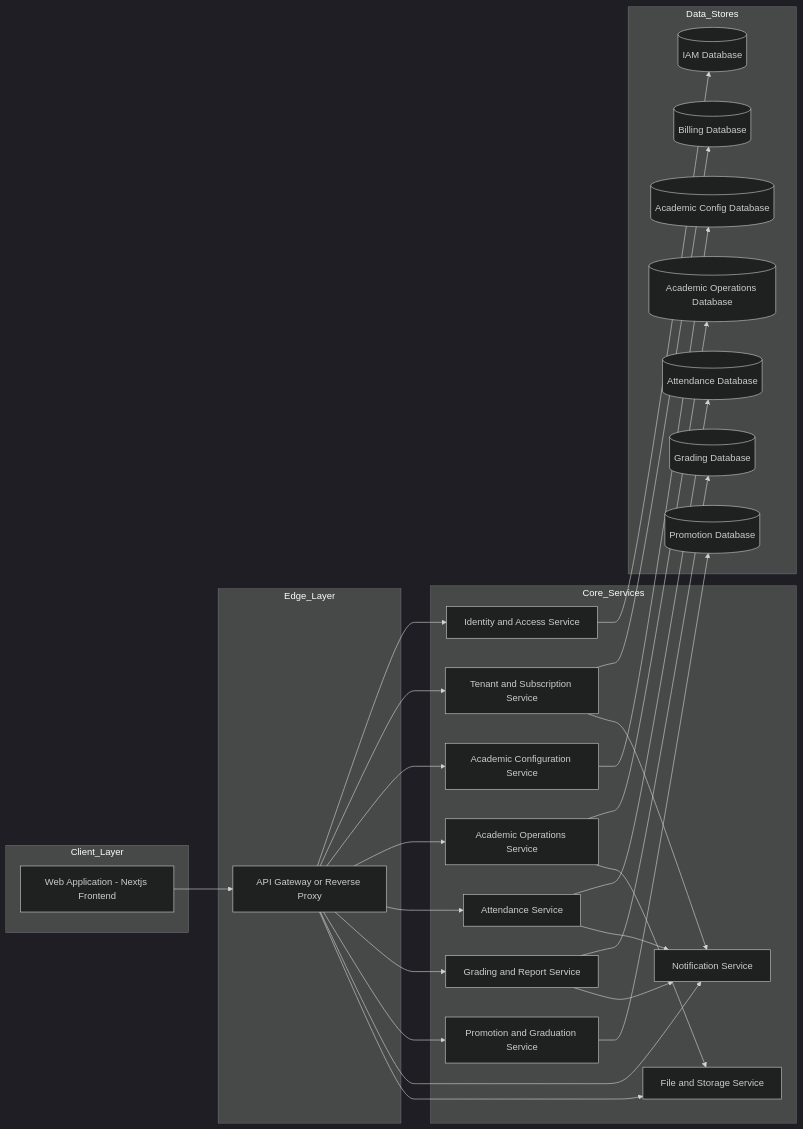
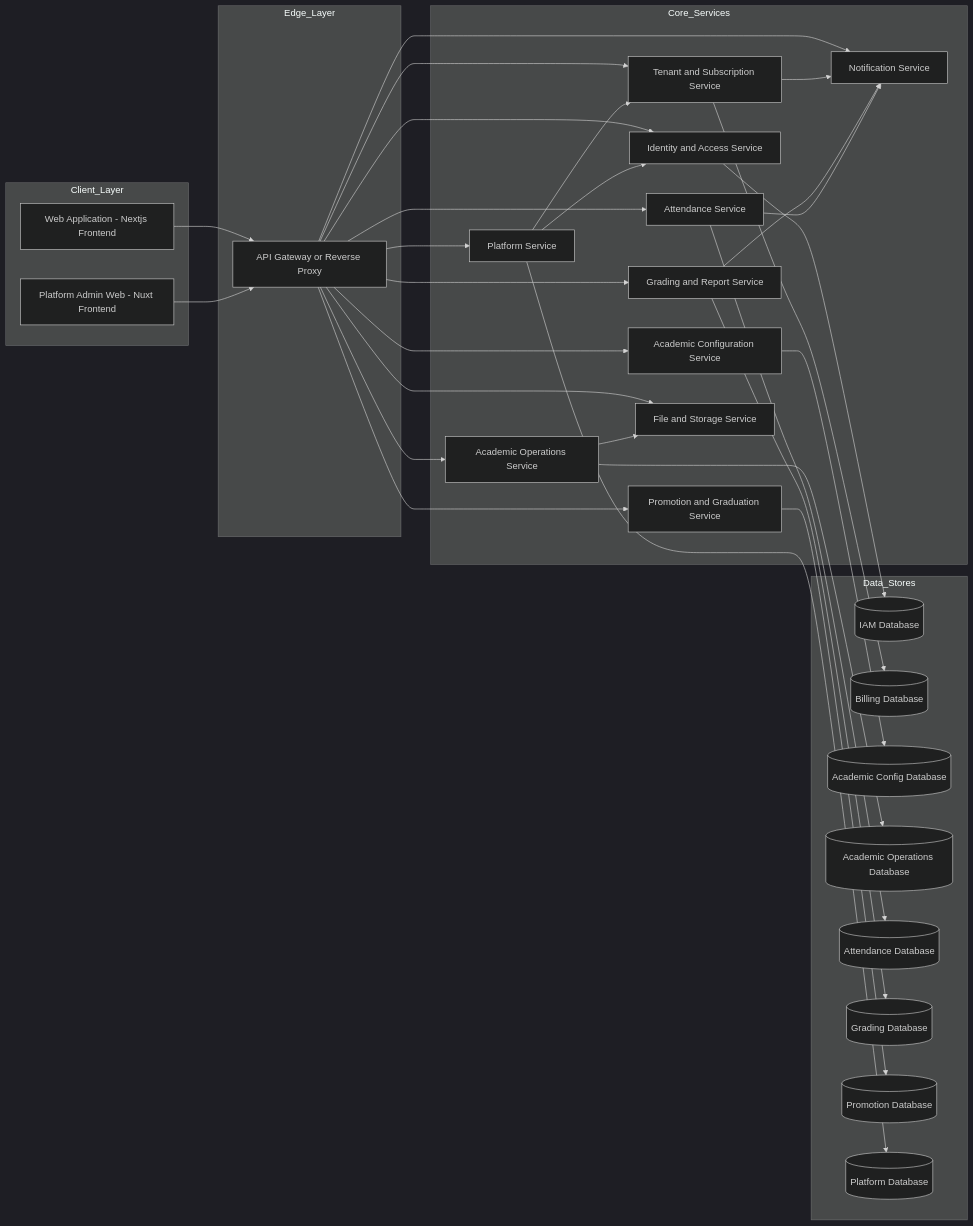
Before and after one commit to protocyber/akademiq: the diagram in docs/internal/06_container_architecture/AkademiQ_Container_Diagram.md, drawn with Mermaid (dark theme). The commit also changed 14 other files, not shown here.

Commit message:
feat: update docs and infra for platform service addition

````diff
--- a/docs/internal/06_container_architecture/AkademiQ_Container_Diagram.md
+++ b/docs/internal/06_container_architecture/AkademiQ_Container_Diagram.md
@@ -3,58 +3,66 @@
 ```mermaid
 flowchart LR
 
 subgraph Client_Layer
     WEB[Web Application - Nextjs Frontend]
+    ADMIN[Platform Admin Web - Nuxt Frontend]
 end
 
 subgraph Edge_Layer
     API[API Gateway or Reverse Proxy]
 end
 
 subgraph Core_Services
     IAM[Identity and Access Service]
     TENANT[Tenant and Subscription Service]
     ACFG[Academic Configuration Service]
     AOPS[Academic Operations Service]
     ATT[Attendance Service]
     GRD[Grading and Report Service]
     PROMO[Promotion and Graduation Service]
     NOTIF[Notification Service]
     FILE[File and Storage Service]
+    PLATFORM[Platform Service]
 end
 
 subgraph Data_Stores
     IAMDB[(IAM Database)]
     TENANTDB[(Billing Database)]
     ACFGDB[(Academic Config Database)]
     AOPSDB[(Academic Operations Database)]
     ATTDB[(Attendance Database)]
     GRDDB[(Grading Database)]
     PROMODB[(Promotion Database)]
+    PLATFORMDB[(Platform Database)]
 end
 
 WEB --> API
+ADMIN --> API
 
 API --> IAM
 API --> TENANT
 API --> ACFG
 API --> AOPS
 API --> ATT
 API --> GRD
 API --> PROMO
 API --> NOTIF
 API --> FILE
+API --> PLATFORM
 
 IAM --> IAMDB
 TENANT --> TENANTDB
 ACFG --> ACFGDB
 AOPS --> AOPSDB
 ATT --> ATTDB
 GRD --> GRDDB
 PROMO --> PROMODB
+PLATFORM --> PLATFORMDB
 
+PLATFORM --> TENANT
+PLATFORM --> IAM
 TENANT --> NOTIF
 GRD --> NOTIF
 ATT --> NOTIF
 AOPS --> FILE
 ```
````
